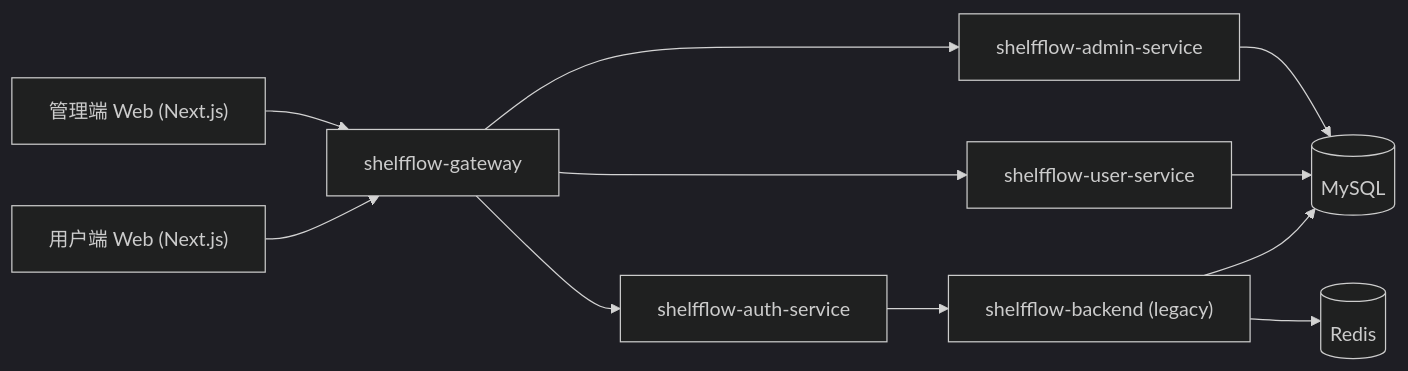
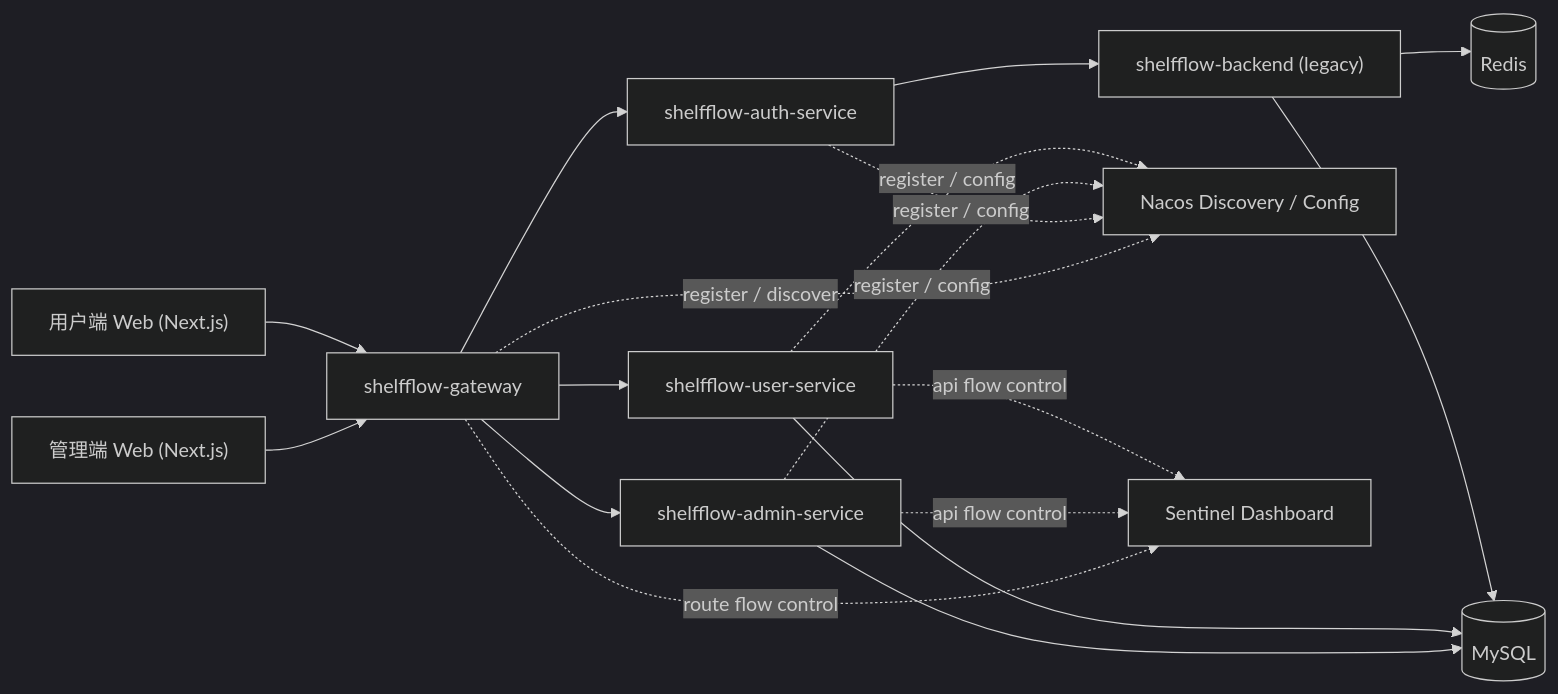
One commit to Jaydencooo/ShelfFlow changed the first of 2 diagrams in docs/ARCHITECTURE.md. Above: the diagram before and after it, drawn with Mermaid (dark theme). The commit also changed other lines of this file and 28 other files, not shown here.

Commit message:
feat: add nacos and sentinel integration

````diff
--- a/docs/ARCHITECTURE.md
+++ b/docs/ARCHITECTURE.md
@@ -14,25 +14,36 @@
 ```mermaid
 flowchart LR
     AdminWeb["管理端 Web (Next.js)"]
     UserWeb["用户端 Web (Next.js)"]
     Gateway["shelfflow-gateway"]
     Auth["shelfflow-auth-service"]
     Admin["shelfflow-admin-service"]
     User["shelfflow-user-service"]
     Legacy["shelfflow-backend (legacy)"]
+    Nacos["Nacos Discovery / Config"]
+    Sentinel["Sentinel Dashboard"]
     MySQL[("MySQL")]
     Redis[("Redis")]
 
     AdminWeb --> Gateway
     UserWeb --> Gateway
 
     Gateway --> Auth
     Gateway --> Admin
     Gateway --> User
 
+    Gateway -. register / discover .-> Nacos
+    Auth -. register / config .-> Nacos
+    Admin -. register / config .-> Nacos
+    User -. register / config .-> Nacos
+
+    Gateway -. route flow control .-> Sentinel
+    Admin -. api flow control .-> Sentinel
+    User -. api flow control .-> Sentinel
+
     Auth --> Legacy
     Admin --> MySQL
     User --> MySQL
     Legacy --> MySQL
     Legacy --> Redis
 ```
````
